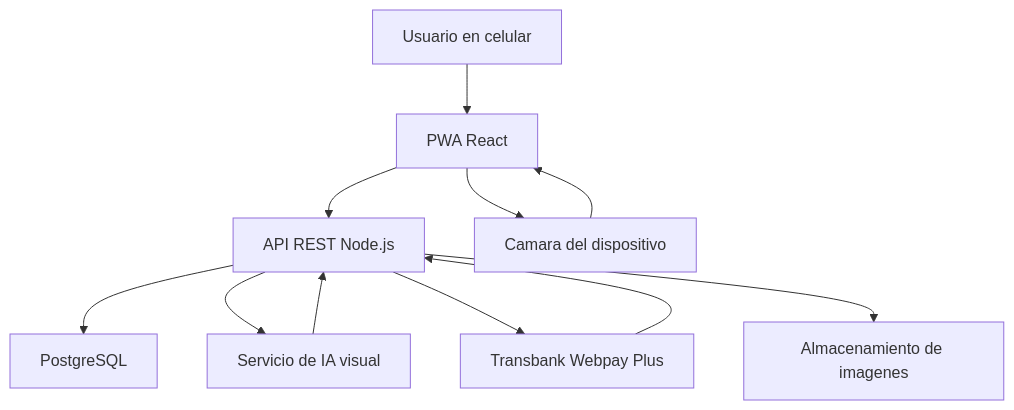
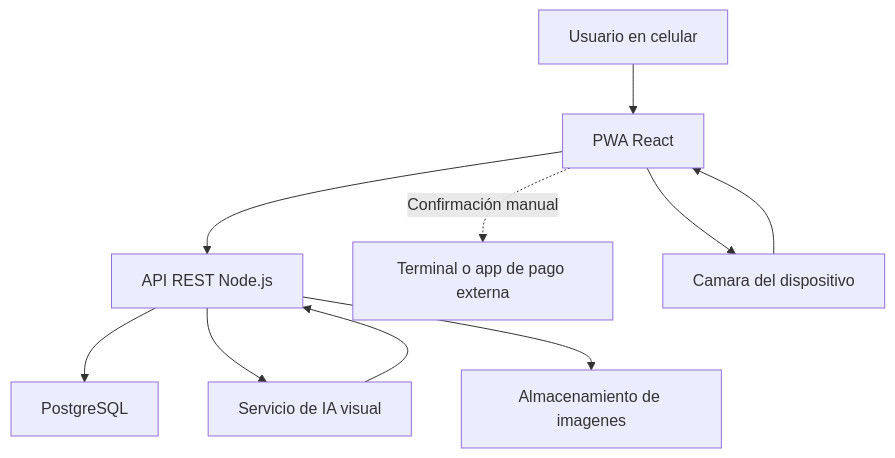
One commit to CamiloGonzalezSt/LocalitoSaaS changed the first of 6 diagrams in docs/Documento-Proyecto-Localito.md. Above: the diagram before and after it, drawn with Mermaid. The commit also changed other lines of this file and 3 other files, not shown here.

````diff
--- a/docs/Documento-Proyecto-Localito.md
+++ b/docs/Documento-Proyecto-Localito.md
@@ -688,13 +690,12 @@
 ```mermaid
 flowchart TD
     A["Usuario en celular"] --> B["PWA React"]
     B --> C["API REST Node.js"]
     C --> D["PostgreSQL"]
     C --> E["Servicio de IA visual"]
-    C --> F["Transbank Webpay Plus"]
+    B -. "Confirmación manual" .-> F["Terminal o app de pago externa"]
     B --> G["Camara del dispositivo"]
     G --> B
     E --> C
-    F --> C
     C --> H["Almacenamiento de imagenes"]
 ```
````
